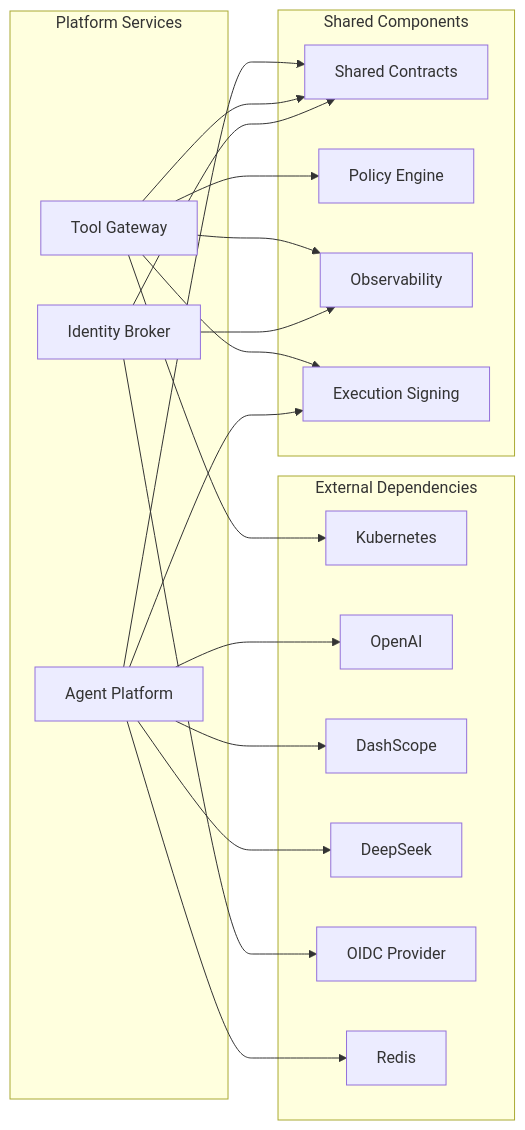
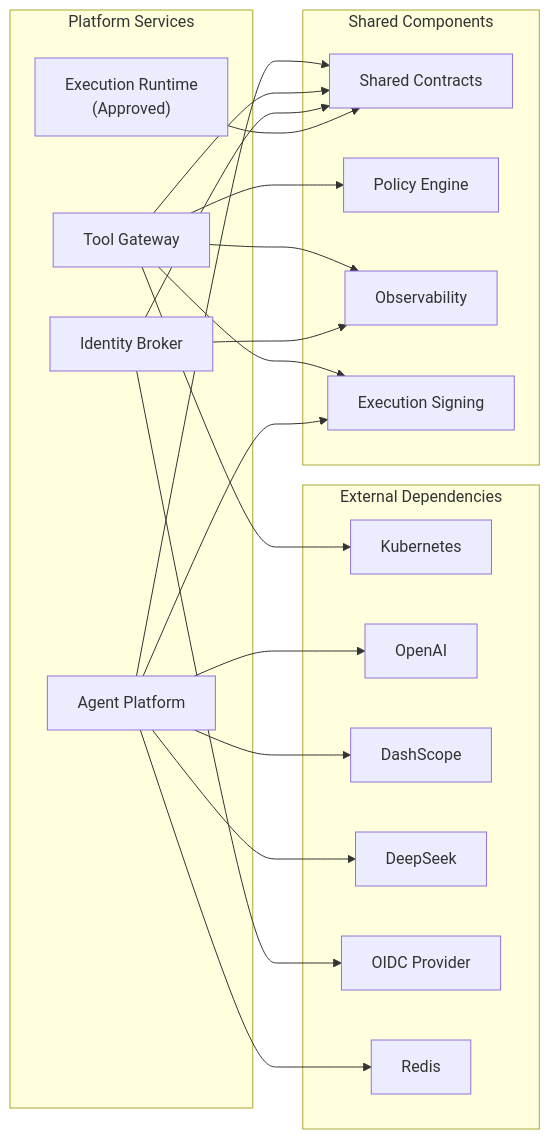
The seventh of 8 diagrams in .qoder/repowiki/en/content/Project Overview.md (metasync/luban-aiops), drawn with Mermaid before and after one commit. The commit also changed other lines of this file and 5 other files, not shown here.

````diff
--- a/.qoder/repowiki/en/content/Project Overview.md
+++ b/.qoder/repowiki/en/content/Project Overview.md
@@ -382,36 +430,38 @@
 ```mermaid
 graph LR
 subgraph "External Dependencies"
 K8S["Kubernetes"]
 OpenAI["OpenAI"]
 DashScope["DashScope"]
 DeepSeek["DeepSeek"]
 OIDC["OIDC Provider"]
 Redis["Redis"]
 end
 subgraph "Platform Services"
 TG["Tool Gateway"]
 AP["Agent Platform"]
 IB["Identity Broker"]
+ER["Execution Runtime<br/>(Approved)"]
 end
 subgraph "Shared Components"
 SC["Shared Contracts"]
 POL["Policy Engine"]
 OBS["Observability"]
 SIG["Execution Signing"]
 end
 TG --> K8S
 TG --> POL
 TG --> OBS
 TG --> SIG
 AP --> OpenAI
 AP --> DashScope
 AP --> DeepSeek
 AP --> Redis
 AP --> SIG
 IB --> OIDC
 IB --> OBS
 AP --> SC
 TG --> SC
 IB --> SC
+ER --> SC
 ```
````
